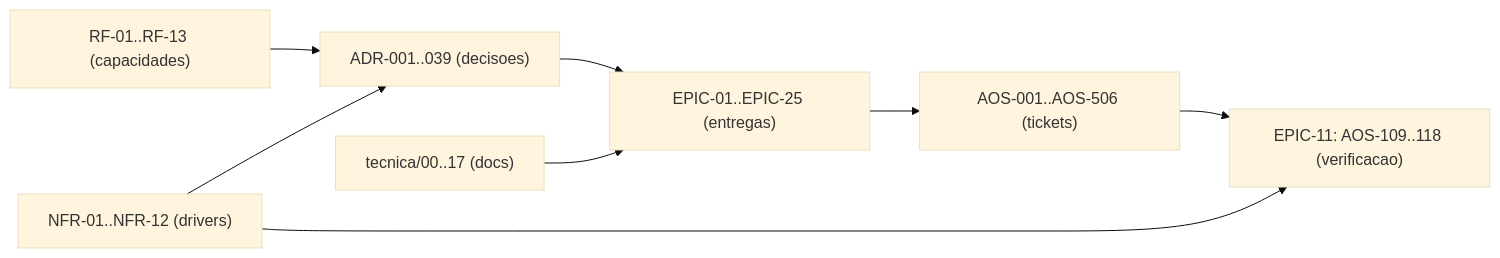
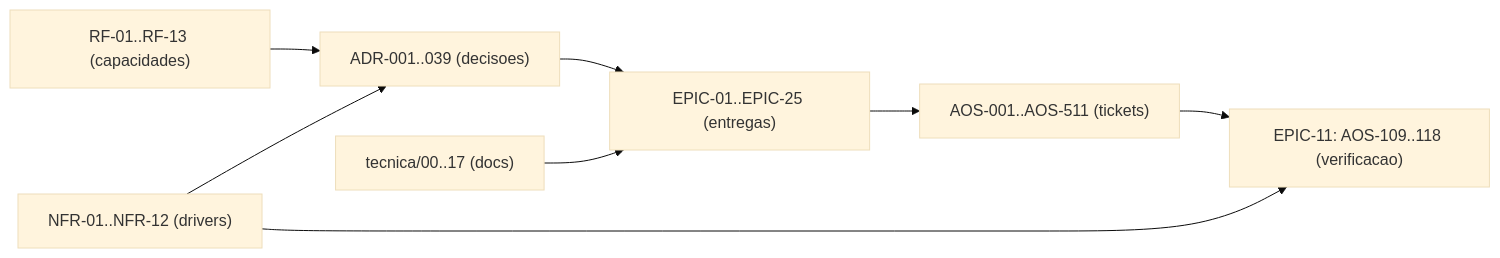
Before and after one commit to albinoJimy/aos: the diagram in tecnica/16_Rastreabilidade_RTM.md, drawn with Mermaid (base theme). The commit also changed other lines of this file and 4 other files, not shown here.

First line of the commit message:
docs(AOS-507): tickets da fase A2 (estado opaco do provider) e desenho (#456)

````diff
--- a/tecnica/16_Rastreabilidade_RTM.md
+++ b/tecnica/16_Rastreabilidade_RTM.md
@@ -206,10 +205,10 @@
 ```mermaid
 flowchart LR
     RF["RF-01..RF-13 (capacidades)"] --> ADR["ADR-001..039 (decisoes)"]
     NFR["NFR-01..NFR-12 (drivers)"] --> ADR
     ADR --> EPIC["EPIC-01..EPIC-25 (entregas)"]
-    EPIC --> TICK["AOS-001..AOS-506 (tickets)"]
+    EPIC --> TICK["AOS-001..AOS-511 (tickets)"]
     DOC["tecnica/00..17 (docs)"] --> EPIC
     TICK --> TEST["EPIC-11: AOS-109..118 (verificacao)"]
     NFR --> TEST
 ```
````
